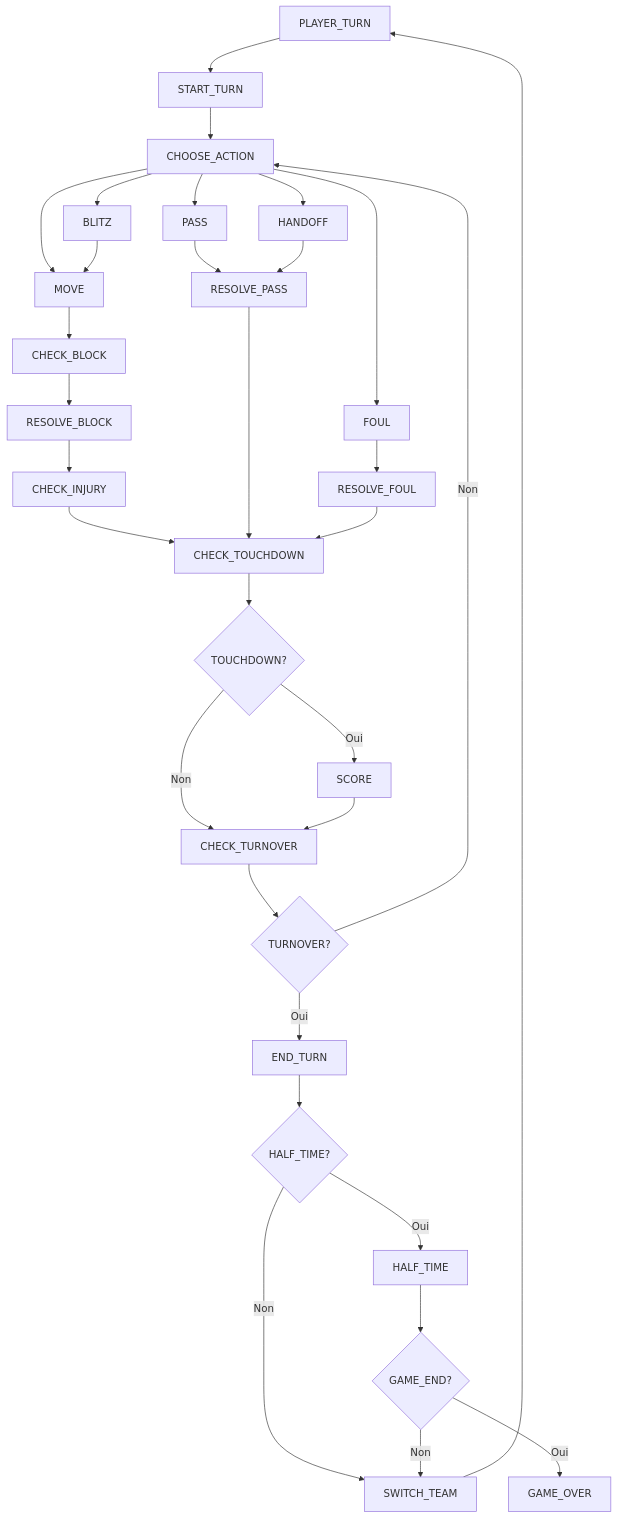
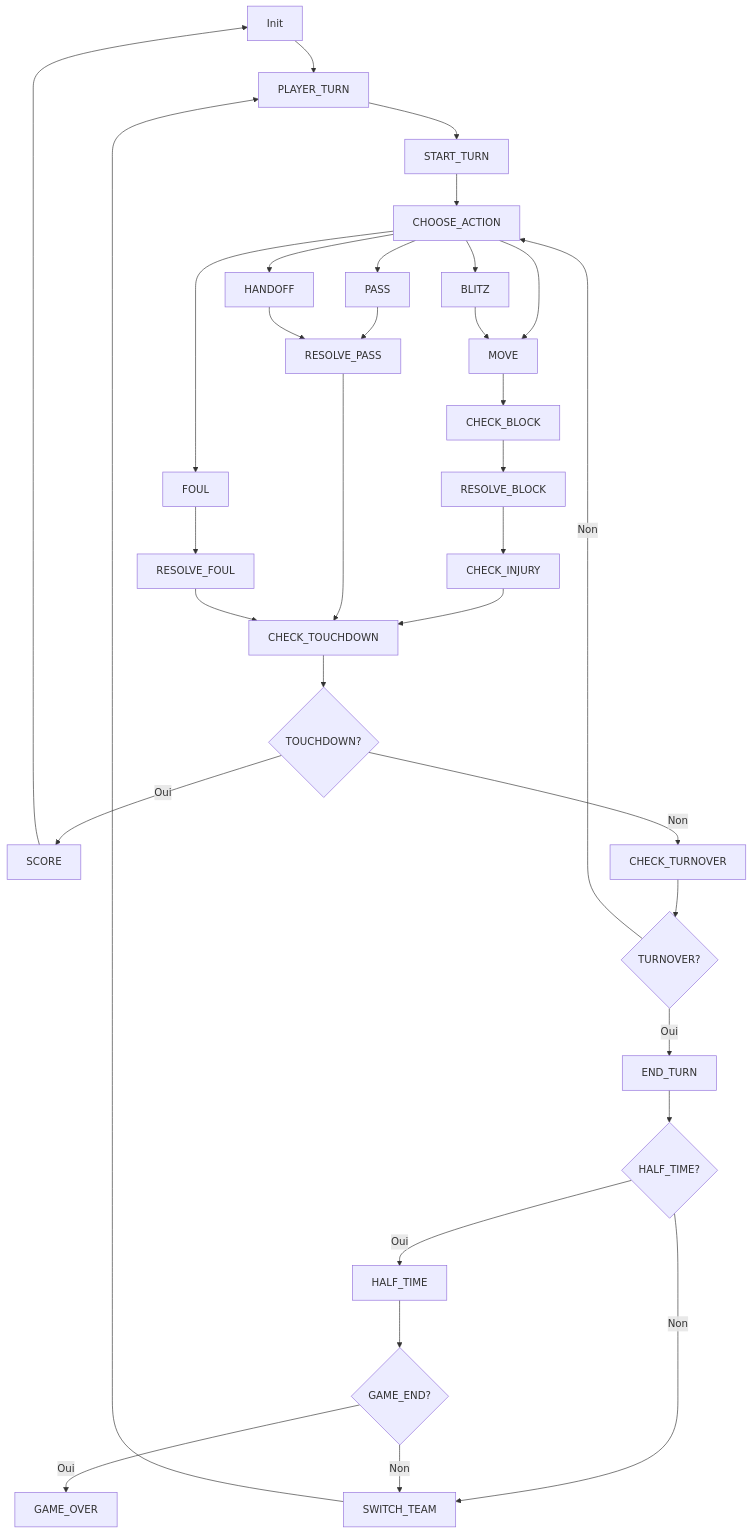
One commit to ju57in3/PLT-Blood-Bowl changed the second of 3 diagrams in README.md. Above: the diagram before and after it, drawn with Mermaid. The commit also changed other lines of this file, not shown here.

Commit message:
Correction README.md FSMs

````diff
--- a/README.md
+++ b/README.md
@@ -59,45 +59,46 @@
 ```mermaid
 graph TD
-    E[PLAYER_TURN] --> F[START_TURN]
+    A[Init] --> E[PLAYER_TURN]
+    E --> F[START_TURN]
     F --> G[CHOOSE_ACTION]
 
     G --> H[MOVE]
     H --> I[CHECK_BLOCK]
     I --> J[RESOLVE_BLOCK]
     J --> K[CHECK_INJURY]
     K --> L[CHECK_TOUCHDOWN]
     
     G --> M[PASS]
     M --> N[RESOLVE_PASS]
     N --> L
     
     G --> O[FOUL]
     O --> P[RESOLVE_FOUL]
     P --> L
     
     G --> Q[BLITZ]
     Q --> H
     
     G --> R[HANDOFF]
     R --> N
     
     L --> S{TOUCHDOWN?}
     S -->|Oui| T[SCORE]
     S -->|Non| U[CHECK_TURNOVER]
     
-    T --> U
+    T --> A
     
     U --> V{TURNOVER?}
     V -->|Oui| W[END_TURN]
     V -->|Non| G
     
     W --> X{HALF_TIME?}
     X -->|Oui| Y[HALF_TIME]
     X -->|Non| Z[SWITCH_TEAM]
     
     Y --> AA{GAME_END?}
     AA -->|Non| Z
     AA -->|Oui| AB[GAME_OVER]
     
     Z --> E
 ```
````
